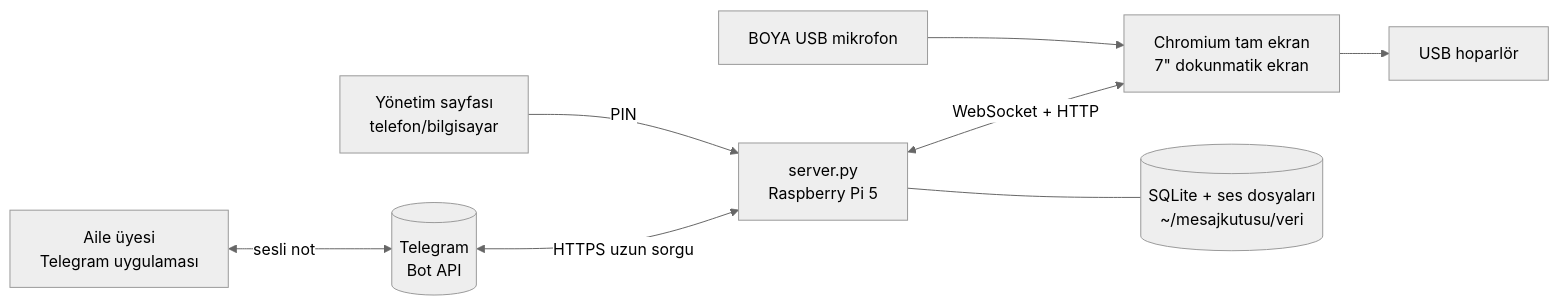
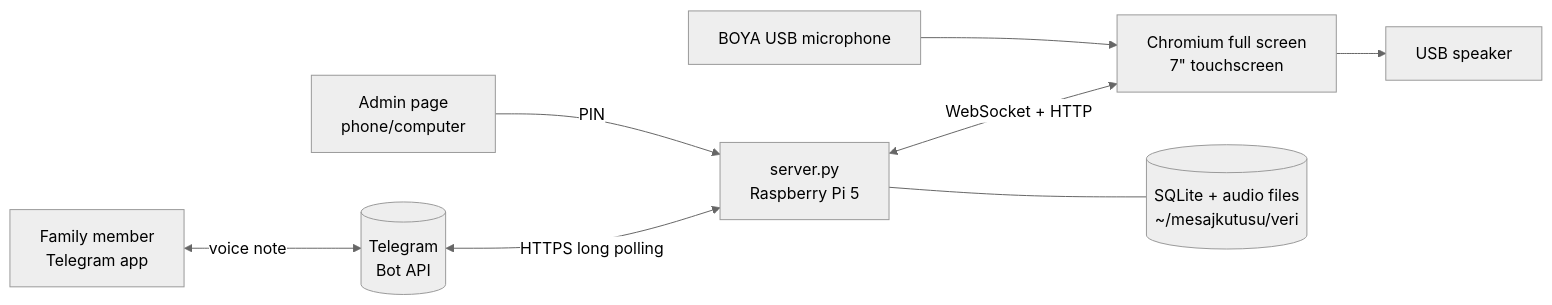
The diagram in README.md (ekremcet/raspberrytime), drawn with Mermaid (neutral theme) before and after one commit. The commit also changed other lines of this file and 2 other files, not shown here.

````diff
--- a/README.md
+++ b/README.md
@@ -36,10 +38,10 @@
 ```mermaid
 flowchart LR
-  A[Aile üyesi<br/>Telegram uygulaması] <-- sesli not --> T[(Telegram<br/>Bot API)]
-  T <-- HTTPS uzun sorgu --> S[server.py<br/>Raspberry Pi 5]
-  S <-- WebSocket + HTTP --> K[Chromium tam ekran<br/>7&quot; dokunmatik ekran]
-  S --- D[(SQLite + ses dosyaları<br/>~/mesajkutusu/veri)]
-  M[BOYA USB mikrofon] --> K
-  K --> H[USB hoparlör]
-  Y[Yönetim sayfası<br/>telefon/bilgisayar] -- PIN --> S
+  A[Family member<br/>Telegram app] <-- voice note --> T[(Telegram<br/>Bot API)]
+  T <-- HTTPS long polling --> S[server.py<br/>Raspberry Pi 5]
+  S <-- WebSocket + HTTP --> K[Chromium full screen<br/>7&quot; touchscreen]
+  S --- D[(SQLite + audio files<br/>~/mesajkutusu/veri)]
+  M[BOYA USB microphone] --> K
+  K --> H[USB speaker]
+  Y[Admin page<br/>phone/computer] -- PIN --> S
 ```
````
